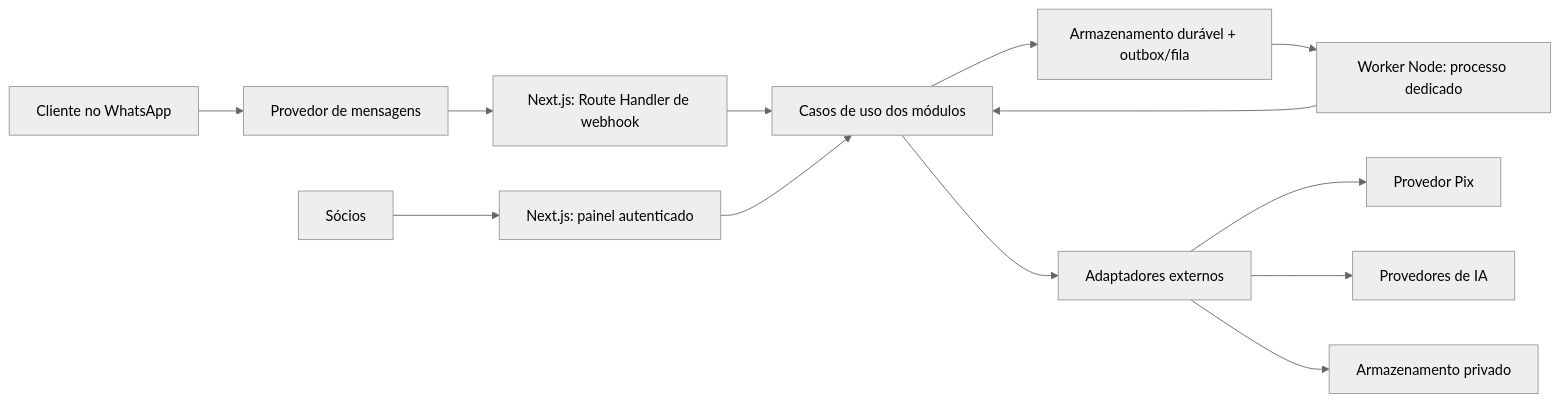
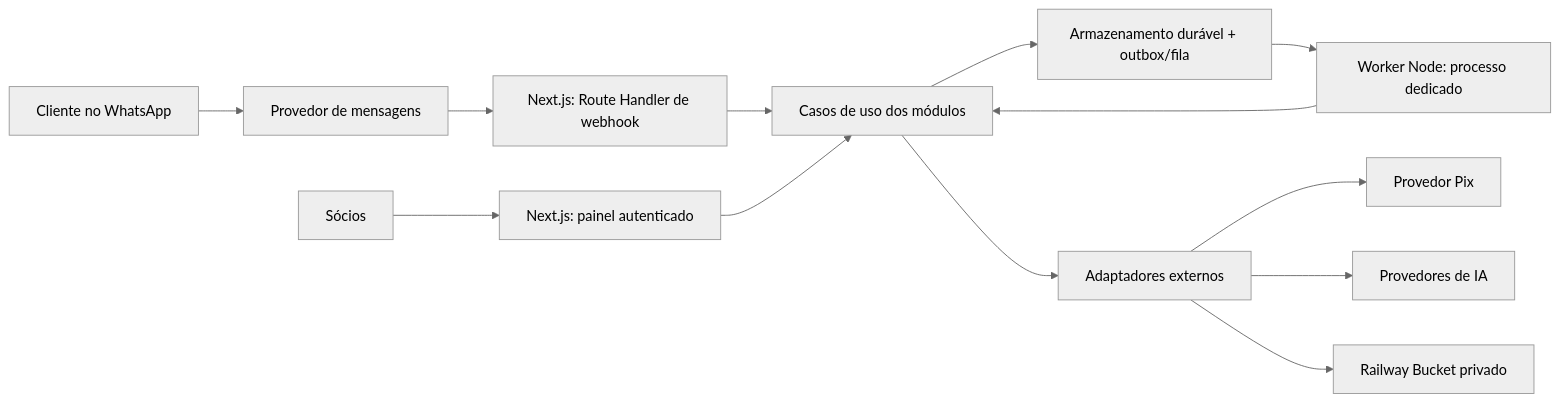
The first of 2 diagrams in _bmad-output/initiative-brief-ensaios-ia-whatsapp/architecture-ensaios-ia-whatsapp/architecture-ensaios-ia-whatsapp.md (DanilloMonteiro/bot-image-AI), drawn with Mermaid (neutral theme) before and after one commit. The commit also changed other lines of this file and 8 other files, not shown here.

Commit message:
docs: record Railway architecture decisions

```diff
--- a/_bmad-output/initiative-brief-ensaios-ia-whatsapp/architecture-ensaios-ia-whatsapp/architecture-ensaios-ia-whatsapp.md
+++ b/_bmad-output/initiative-brief-ensaios-ia-whatsapp/architecture-ensaios-ia-whatsapp/architecture-ensaios-ia-whatsapp.md
@@ -108,15 +110,15 @@
 ~~~mermaid
 flowchart LR
   customer["Cliente no WhatsApp"] --> channel["Provedor de mensagens"]
   channel --> hook["Next.js: Route Handler de webhook"]
   partners["Sócios"] --> panel["Next.js: painel autenticado"]
   hook --> usecases["Casos de uso dos módulos"]
   panel --> usecases
   usecases --> durable["Armazenamento durável + outbox/fila"]
   durable --> worker["Worker Node: processo dedicado"]
   worker --> usecases
   usecases --> adapters["Adaptadores externos"]
   adapters --> pix["Provedor Pix"]
   adapters --> ai["Provedores de IA"]
-  adapters --> media["Armazenamento privado"]
+  adapters --> media["Railway Bucket privado"]
 ~~~
```
